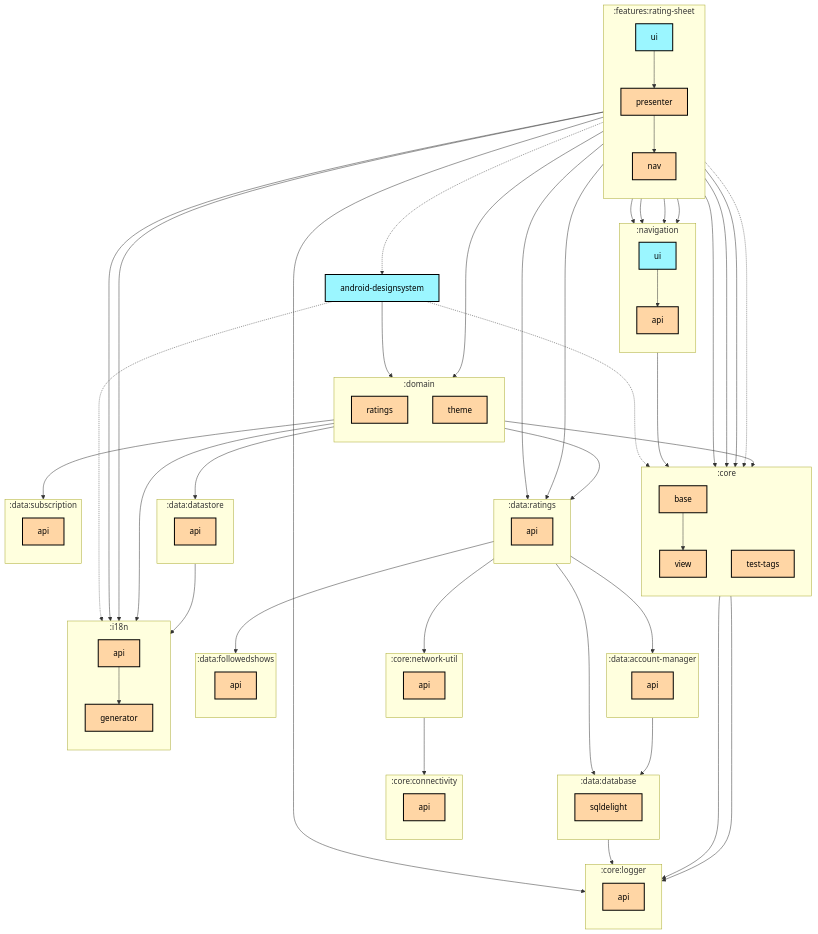
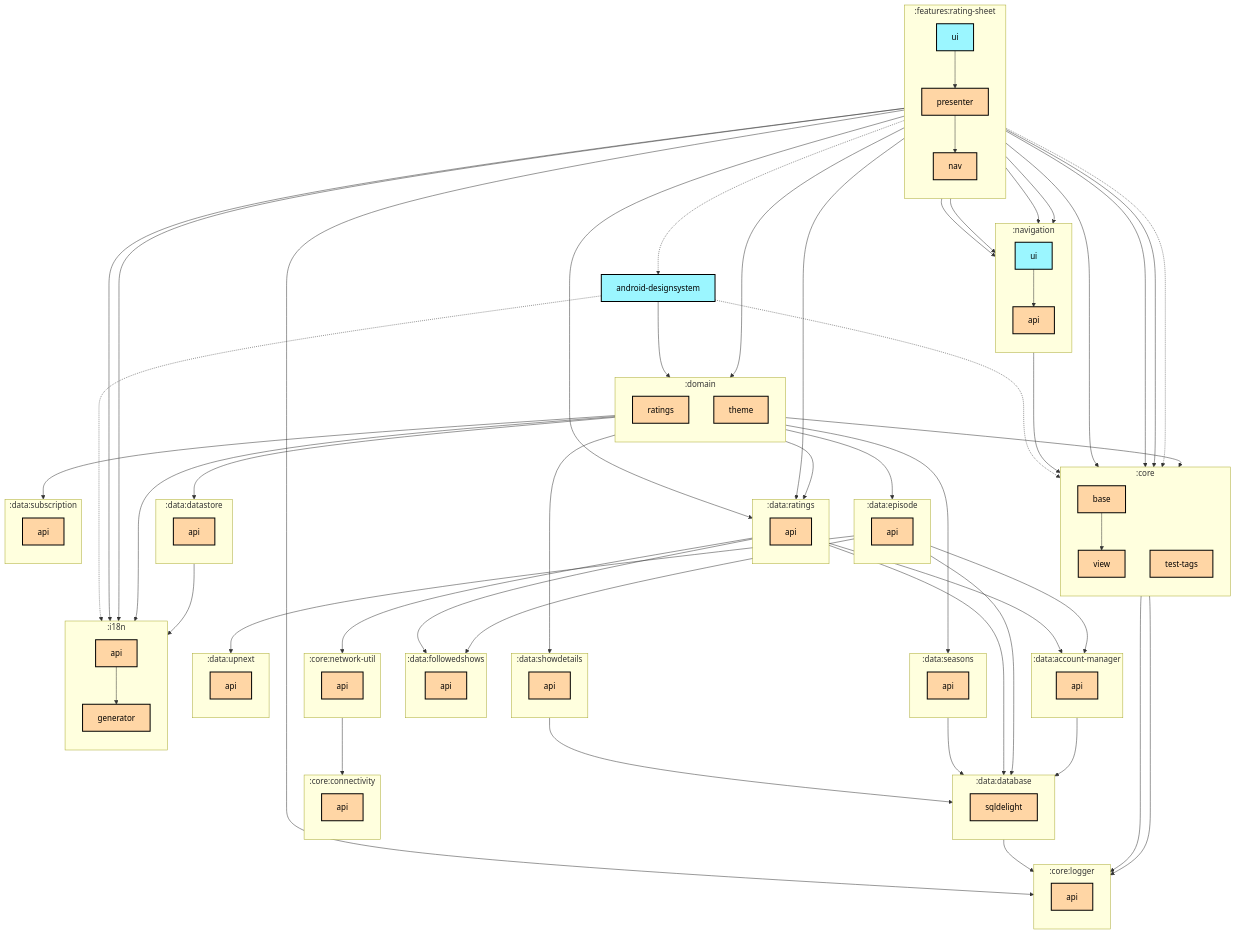
One commit to thomaskioko/tv-maniac changed the first of 2 diagrams in features/rating-sheet/ui/README.md. Above: the diagram before and after it, drawn with Mermaid. The commit also changed 56 other files, not shown here.

```diff
--- a/features/rating-sheet/ui/README.md
+++ b/features/rating-sheet/ui/README.md
@@ -36,6 +36,10 @@
     direction TB
     :data:datastore:api[api]:::multiplatform
   end
+  subgraph :data:episode
+    direction TB
+    :data:episode:api[api]:::multiplatform
+  end
   subgraph :data:followedshows
     direction TB
     :data:followedshows:api[api]:::multiplatform
@@ -44,9 +48,21 @@
     direction TB
     :data:ratings:api[api]:::multiplatform
   end
+  subgraph :data:seasons
+    direction TB
+    :data:seasons:api[api]:::multiplatform
+  end
+  subgraph :data:showdetails
+    direction TB
+    :data:showdetails:api[api]:::multiplatform
+  end
   subgraph :data:subscription
     direction TB
     :data:subscription:api[api]:::multiplatform
+  end
+  subgraph :data:upnext
+    direction TB
+    :data:upnext:api[api]:::multiplatform
   end
   subgraph :domain
     direction TB
@@ -80,13 +96,22 @@
   :data:account-manager:api --> :data:database:sqldelight
   :data:database:sqldelight --> :core:logger:api
   :data:datastore:api --> :i18n:generator
+  :data:episode:api --> :data:account-manager:api
+  :data:episode:api --> :data:database:sqldelight
+  :data:episode:api --> :data:followedshows:api
+  :data:episode:api --> :data:upnext:api
   :data:ratings:api --> :core:network-util:api
   :data:ratings:api --> :data:account-manager:api
   :data:ratings:api --> :data:database:sqldelight
   :data:ratings:api --> :data:followedshows:api
+  :data:seasons:api --> :data:database:sqldelight
+  :data:showdetails:api --> :data:database:sqldelight
   :domain:ratings --> :core:base
   :domain:ratings --> :data:datastore:api
+  :domain:ratings --> :data:episode:api
   :domain:ratings --> :data:ratings:api
+  :domain:ratings --> :data:seasons:api
+  :domain:ratings --> :data:showdetails:api
   :domain:ratings --> :data:subscription:api
   :domain:theme --> :i18n:generator
   :features:rating-sheet:nav --> :data:ratings:api
```
